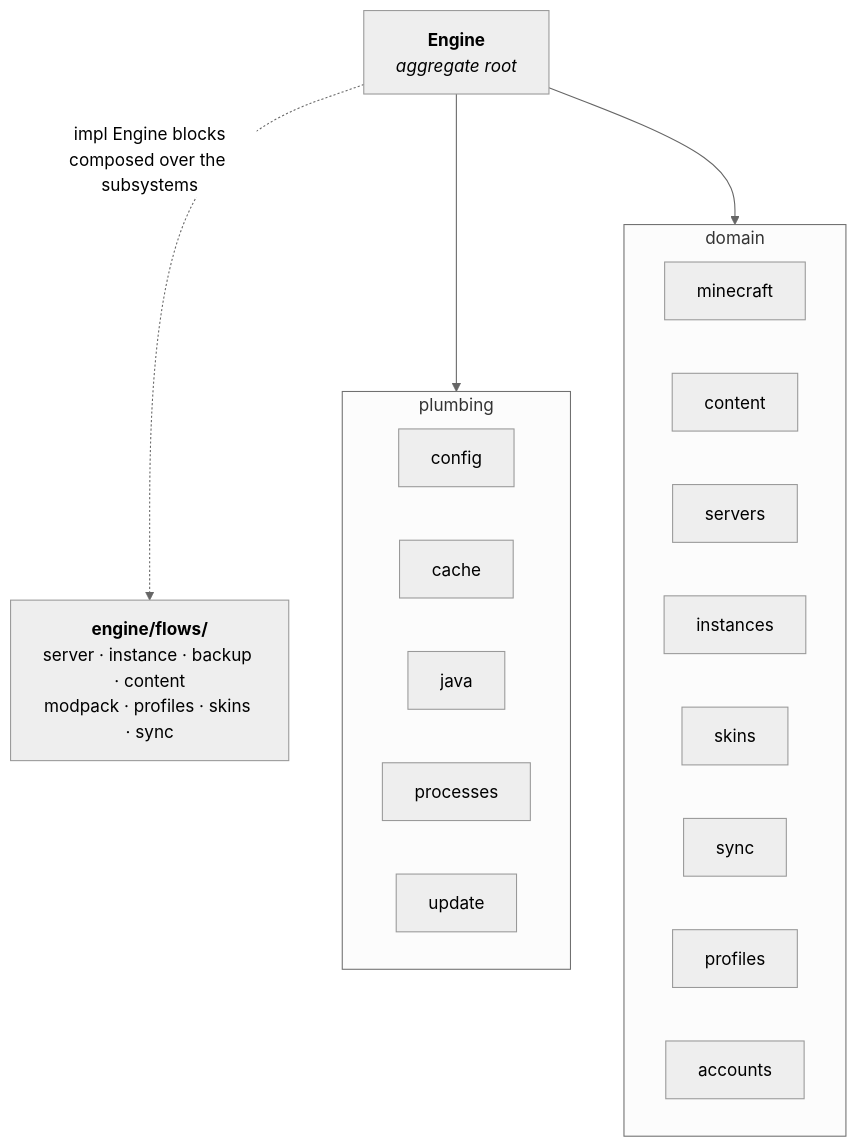
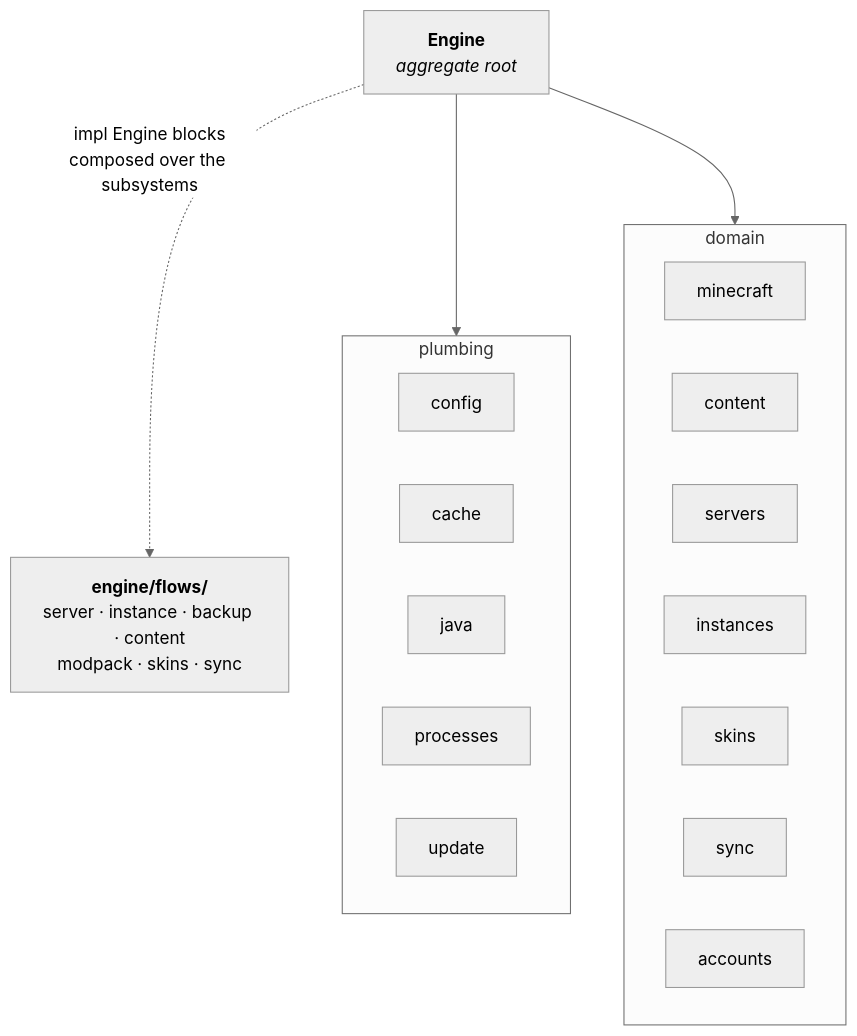
Before and after one commit to toraaoo/hestia: the first of 4 diagrams in docs/architecture/engine.md, drawn with Mermaid (neutral theme). The commit also changed other lines of this file and 218 other files, not shown here.

````diff
--- a/docs/architecture/engine.md
+++ b/docs/architecture/engine.md
@@ -21,28 +21,27 @@
 ```mermaid
 flowchart TD
     E["<b>Engine</b><br/><i>aggregate root</i>"]
 
     subgraph plumbing["plumbing"]
         CFG["config"]
         CACHE["cache"]
         JAVA["java"]
         PROC["processes"]
         UPD["update"]
     end
     subgraph domain["domain"]
         MC["minecraft"]
         CONTENT["content"]
         SRV["servers"]
         INST["instances"]
         SKIN["skins"]
         SYNC["sync"]
-        PROF["profiles"]
         ACC["accounts"]
     end
 
     E --> plumbing
     E --> domain
 
-    FLOWS["<b>engine/flows/</b><br/>server · instance · backup · content<br/>modpack · profiles · skins · sync"]
+    FLOWS["<b>engine/flows/</b><br/>server · instance · backup · content<br/>modpack · skins · sync"]
     E -.->|"impl Engine blocks<br/>composed over the subsystems"| FLOWS
 ```
````
